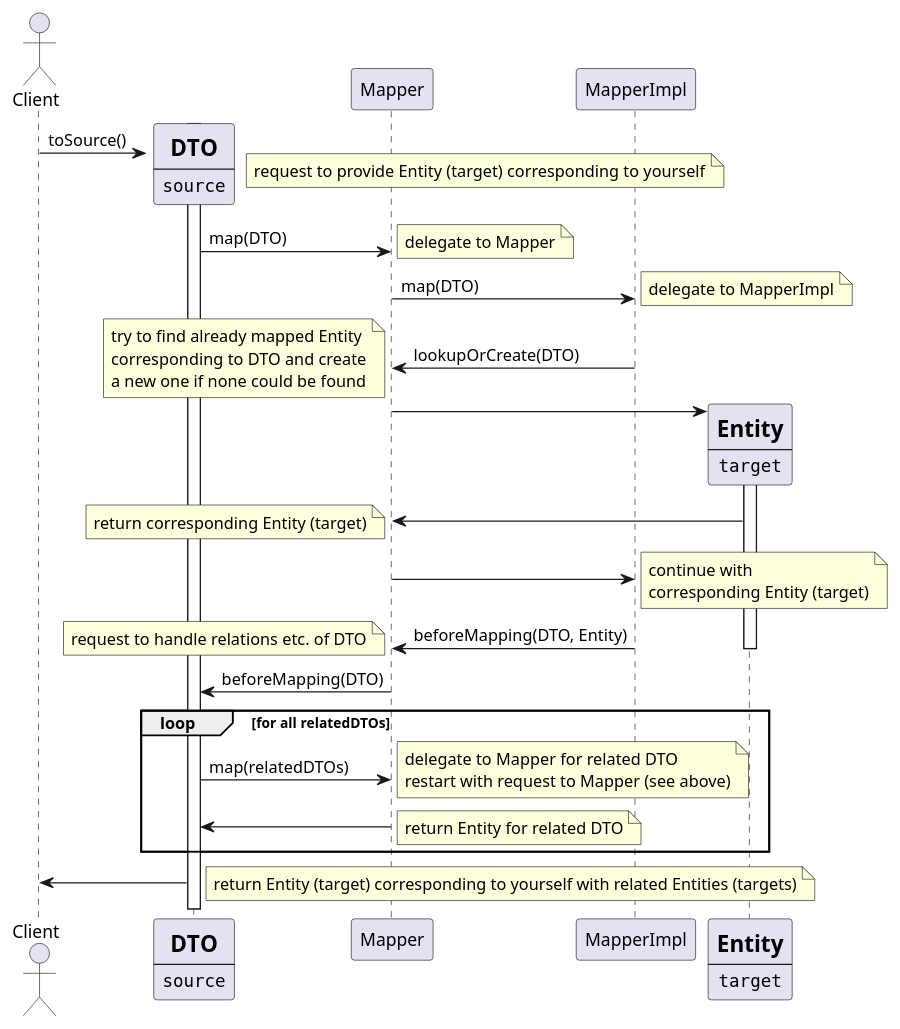
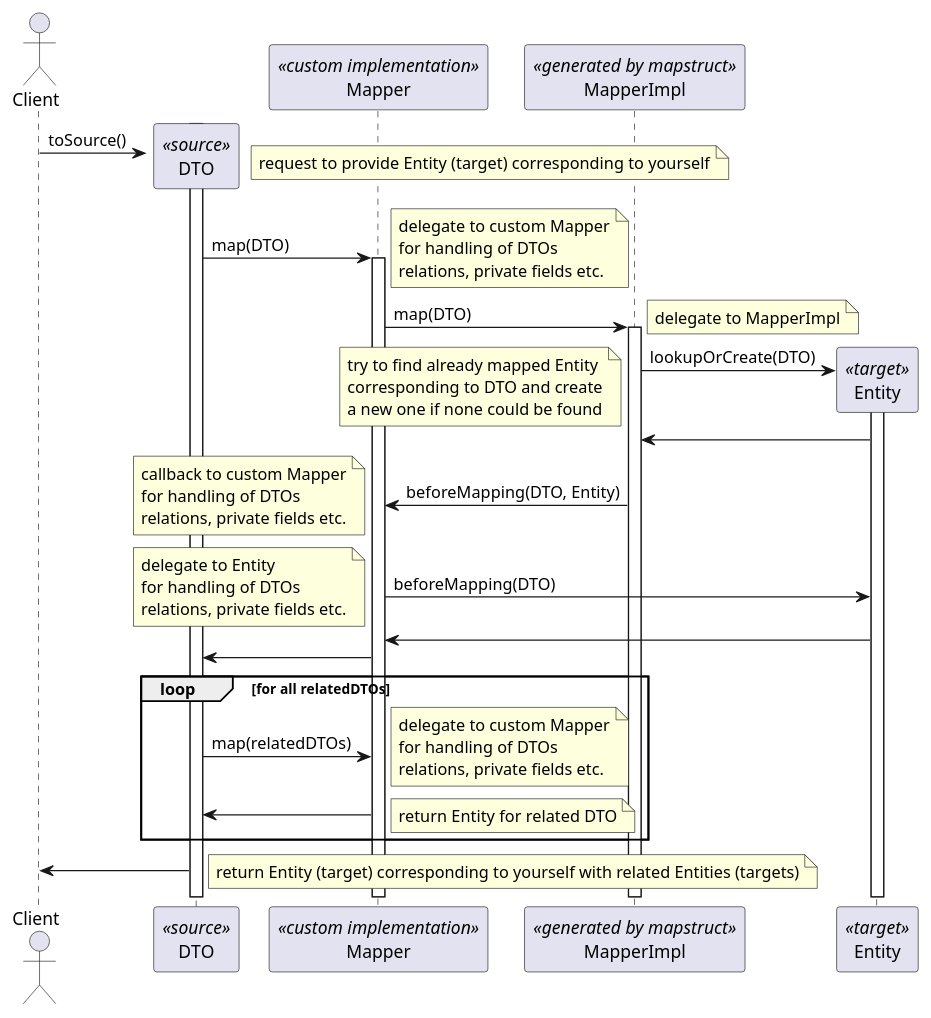
One commit to r-uu/r-uu.lib changed the diagram in jpa/core.mapstruct.demo.bidirectional/bidirectional-relations-with-mapstruct.md. Above: the diagram before and after it, drawn with PlantUML. The commit also changed 1 other file, not shown here.

````diff
--- a/jpa/core.mapstruct.demo.bidirectional/bidirectional-relations-with-mapstruct.md
+++ b/jpa/core.mapstruct.demo.bidirectional/bidirectional-relations-with-mapstruct.md
@@ -1,44 +1,38 @@
 ```plantuml
 @startuml
 actor Client
-participant DTO [
-    =DTO
-    ----
-    ""source""
-]
+participant DTO <<source>>
 create DTO
 activate DTO
 Client     -> DTO        : toSource()
 note right               : request to provide Entity (target) corresponding to yourself
+participant Mapper <<custom implementation>>
 DTO        -> Mapper     : map(DTO)
-note right               : delegate to Mapper
+activate Mapper
+note right               : delegate to custom Mapper\nfor handling of DTOs\nrelations, private fields etc.
+participant MapperImpl <<generated by mapstruct>>
 Mapper     -> MapperImpl : map(DTO)
+activate MapperImpl
 note right               : delegate to MapperImpl
-MapperImpl -> Mapper     : lookupOrCreate(DTO)
+participant Entity <<target>>
+create Entity
+MapperImpl -> Entity     : lookupOrCreate(DTO)
 note left                : try to find already mapped Entity\ncorresponding to DTO and create\na new one if none could be found
-participant Entity [
-    =Entity
-    ----
-    ""target""
-]
-create Entity
-Mapper     -> Entity
 activate Entity
+Entity     -> MapperImpl
+MapperImpl -> Mapper     : beforeMapping(DTO, Entity)
+note top                 : callback to custom Mapper\nfor handling of DTOs\nrelations, private fields etc.
+Mapper     -> Entity     : beforeMapping(DTO)
+note left                : delegate to Entity\nfor handling of DTOs\nrelations, private fields etc.
 Entity     -> Mapper
-note left                : return corresponding Entity (target)
-Mapper     -> MapperImpl
-note right               : continue with\ncorresponding Entity (target)
-MapperImpl -> Mapper     : beforeMapping(DTO, Entity)
-deactivate Entity
-note left                : request to handle relations etc. of DTO
-Mapper     -> DTO        : beforeMapping(DTO)
+Mapper     -> DTO
    loop for all relatedDTOs
       DTO     -> Mapper  : map(relatedDTOs)
-      note right         : delegate to Mapper for related DTO\nrestart with request to Mapper (see above)
+      note right         : delegate to custom Mapper\nfor handling of DTOs\nrelations, private fields etc.
       Mapper  -> DTO     
       note right         : return Entity for related DTO
    end
 DTO        -> Client
 note right               : return Entity (target) corresponding to yourself with related Entities (targets)
 @enduml
 ```
````
